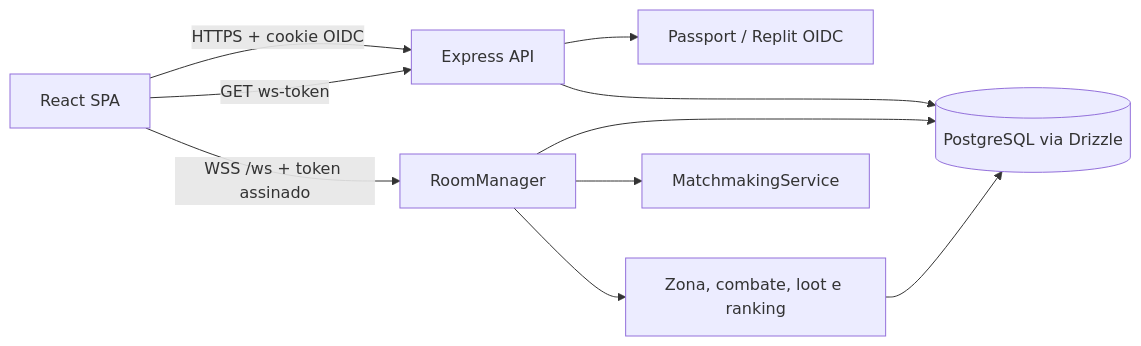
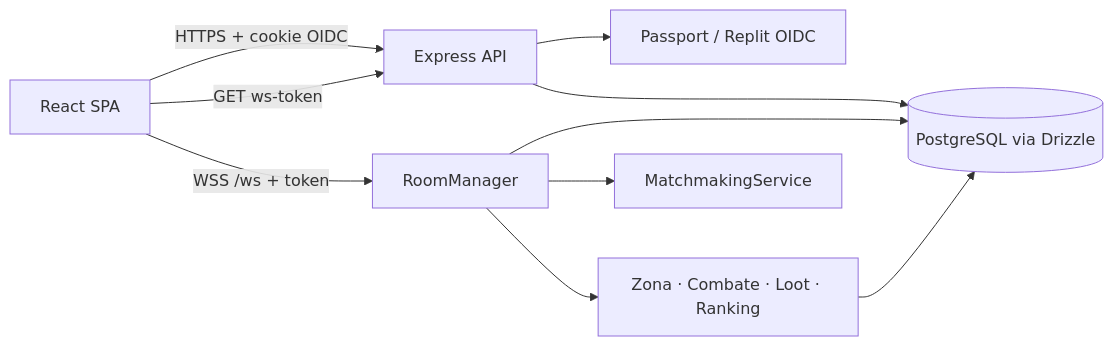
Before and after one commit to Nexus-HUB57/Khaaos_Run: the diagram in README.md, drawn with Mermaid. The commit also changed other lines of this file, not shown here.

First line of the commit message:
docs(readme): elevate to multi-world architecture (Ph.D.-level)

````diff
--- a/README.md
+++ b/README.md
@@ -40,12 +217,12 @@
 ```mermaid
 flowchart LR
   Browser[React SPA] -->|HTTPS + cookie OIDC| API[Express API]
   Browser -->|GET ws-token| API
-  Browser -->|WSS /ws + token assinado| Rooms[RoomManager]
+  Browser -->|WSS /ws + token| Rooms[RoomManager]
   API --> Auth[Passport / Replit OIDC]
   API --> DB[(PostgreSQL via Drizzle)]
   Rooms --> DB
   Rooms --> MM[MatchmakingService]
-  Rooms --> Sim[Zona, combate, loot e ranking]
+  Rooms --> Sim[Zona · Combate · Loot · Ranking]
   Sim --> DB
 ```
````
